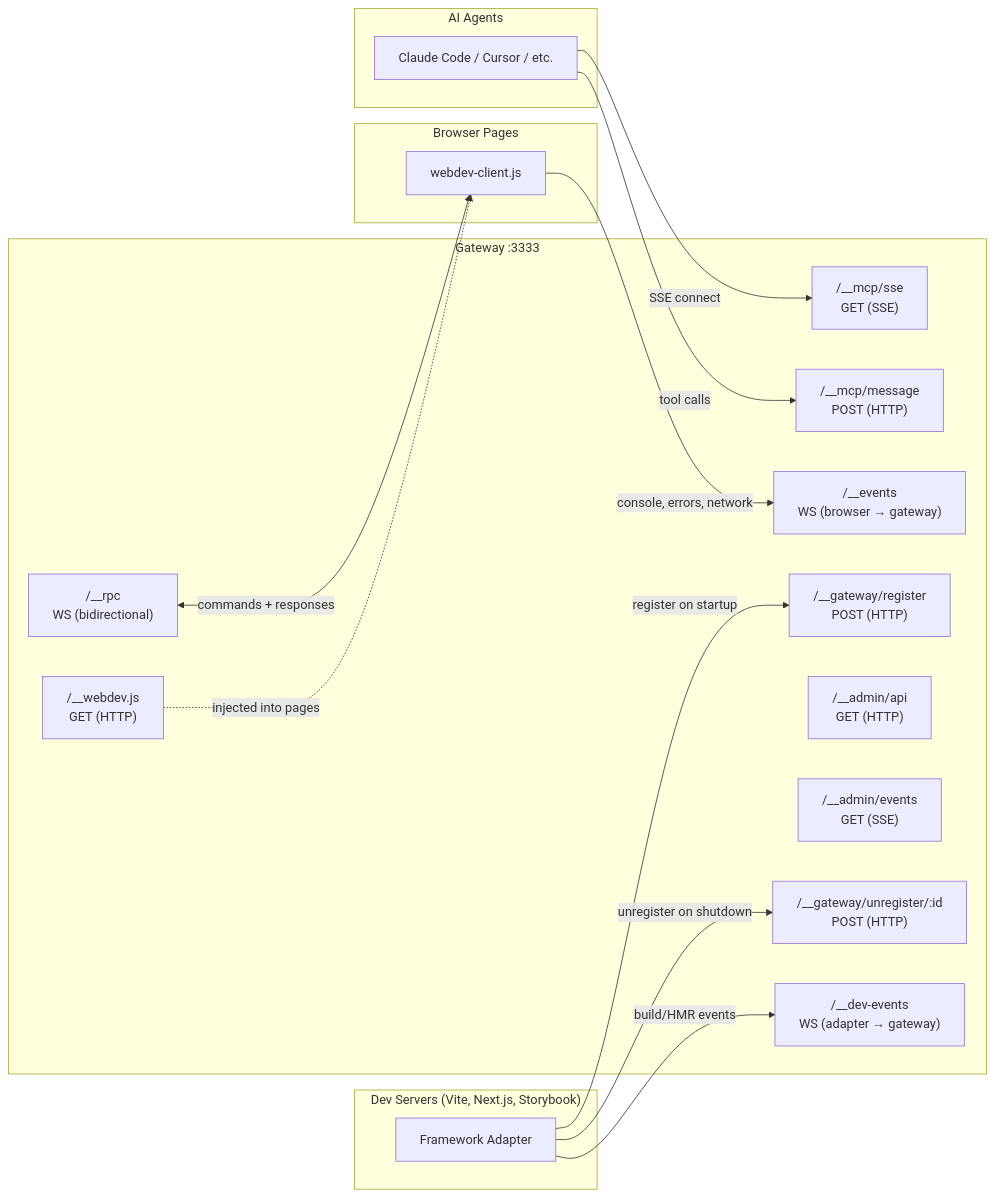
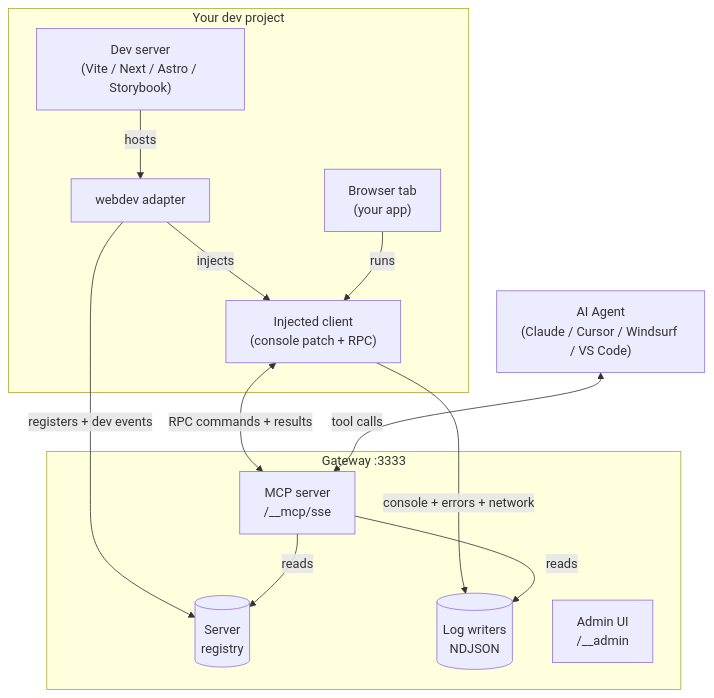
The first of 2 diagrams in docs/architecture.md (WinstonFassett/webdev-ai), drawn with Mermaid before and after one commit. The commit also changed other lines of this file and 5 other files, not shown here.

````diff
--- a/docs/architecture.md
+++ b/docs/architecture.md
@@ -104,41 +5,28 @@
 ```mermaid
-graph LR
-    subgraph "Dev Servers (Vite, Next.js, Storybook)"
-        ADAPTER["Framework Adapter"]
+graph TB
+    AGENT["AI Agent<br/>(Claude / Cursor / Windsurf / VS Code)"]
+
+    subgraph GW["Gateway :3333"]
+        REG[("Server<br/>registry")]
+        LOGS[("Log writers<br/>NDJSON")]
+        MCP["MCP server<br/>/__mcp/sse"]
+        ADMIN["Admin UI<br/>/__admin"]
     end
 
-    subgraph "Gateway :3333"
-        REG["/__gateway/register<br/>POST (HTTP)"]
-        UNREG["/__gateway/unregister/:id<br/>POST (HTTP)"]
-        EVENTS_WS["/__events<br/>WS (browser → gateway)"]
-        DEV_WS["/__dev-events<br/>WS (adapter → gateway)"]
-        RPC_WS["/__rpc<br/>WS (bidirectional)"]
-        ADMIN_API["/__admin/api<br/>GET (HTTP)"]
-        ADMIN_SSE["/__admin/events<br/>GET (SSE)"]
-        MCP_SSE["/__mcp/sse<br/>GET (SSE)"]
-        MCP_MSG["/__mcp/message<br/>POST (HTTP)"]
-        CLIENT_JS["/__webdev.js<br/>GET (HTTP)"]
+    subgraph DEV["Your dev project"]
+        SERVER["Dev server<br/>(Vite / Next / Astro / Storybook)"]
+        ADAPTER["webdev adapter"]
+        BROWSER["Browser tab<br/>(your app)"]
+        CLIENT["Injected client<br/>(console patch + RPC)"]
     end
 
-    subgraph "Browser Pages"
-        CLIENT["webdev-client.js"]
-    end
-
-    subgraph "AI Agents"
-        AGENT["Claude Code / Cursor / etc."]
-    end
-
-    %% Adapter registration
-    ADAPTER -->|"register on startup"| REG
-    ADAPTER -->|"unregister on shutdown"| UNREG
-    ADAPTER -->|"build/HMR events"| DEV_WS
-
-    %% Browser connections
-    CLIENT -->|"console, errors, network"| EVENTS_WS
-    RPC_WS <-->|"commands + responses"| CLIENT
-    CLIENT_JS -.->|"injected into pages"| CLIENT
-
-    %% Agent connections
-    AGENT -->|"SSE connect"| MCP_SSE
-    AGENT -->|"tool calls"| MCP_MSG
+    SERVER -->|hosts| ADAPTER
+    ADAPTER -->|registers + dev events| REG
+    ADAPTER -->|injects| CLIENT
+    BROWSER -->|runs| CLIENT
+    CLIENT -->|console + errors + network| LOGS
+    CLIENT <-->|RPC commands + results| MCP
+    AGENT <-->|tool calls| MCP
+    MCP -->|reads| LOGS
+    MCP -->|reads| REG
 ```
````
